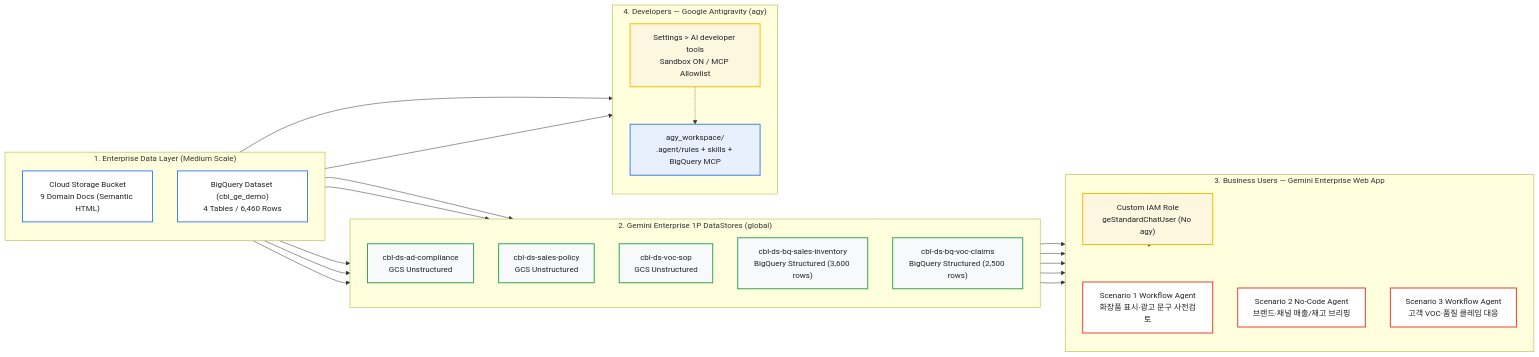
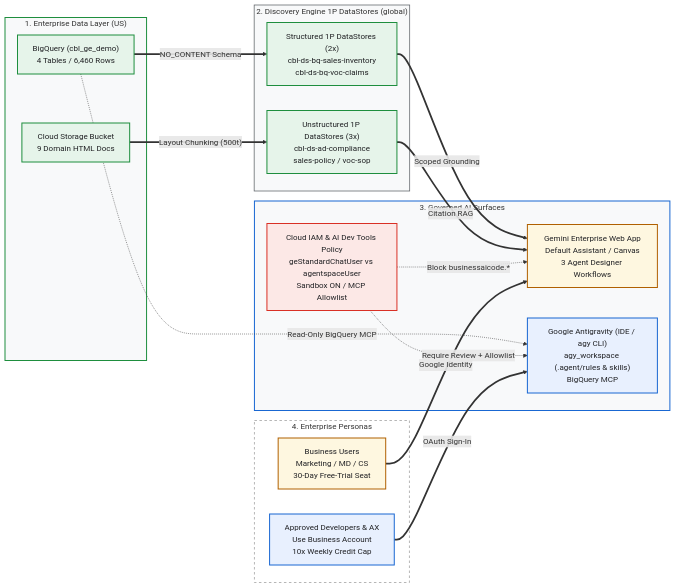
One commit to rhkim77/ge-agy-basic changed the diagram in README.md. Above: the diagram before and after it, drawn with Mermaid. The commit also changed other lines of this file and 22 other files, not shown here.

Commit message:
docs: humanize Korean lab guides and add high-DPI GCP/Mermaid/Draw.io diagrams

````diff
--- a/README.md
+++ b/README.md
@@ -13,55 +20,43 @@
 ```mermaid
 flowchart LR
-    subgraph DATA["1. Enterprise Data Layer (Medium Scale)"]
-        direction TB
-        GCS["Cloud Storage Bucket<br/>9 Domain Docs (Semantic HTML)"]
-        BQ["BigQuery Dataset (cbl_ge_demo)<br/>4 Tables / 6,460 Rows"]
+    classDef gcpBlue fill:#E8F0FE,stroke:#1967D2,stroke-width:2px,color:#202124
+    classDef gcpGreen fill:#E6F4EA,stroke:#1E8E3E,stroke-width:2px,color:#202124
+    classDef gcpYellow fill:#FEF7E0,stroke:#B06000,stroke-width:2px,color:#202124
+    classDef gcpRed fill:#FCE8E6,stroke:#D93025,stroke-width:2px,color:#202124
+
+    subgraph SG_Data ["1. Enterprise Data Layer (US)"]
+        BQ["BigQuery (cbl_ge_demo)<br/>4 Tables / 6,460 Rows"]:::gcpGreen
+        GCS["Cloud Storage Bucket<br/>9 Domain HTML Docs"]:::gcpGreen
     end
 
-    subgraph DS["2. Gemini Enterprise 1P DataStores (global)"]
-        direction TB
-        DS1["cbl-ds-ad-compliance<br/>GCS Unstructured"]
-        DS2["cbl-ds-sales-policy<br/>GCS Unstructured"]
-        DS3["cbl-ds-voc-sop<br/>GCS Unstructured"]
-        DS4["cbl-ds-bq-sales-inventory<br/>BigQuery Structured (3,600 rows)"]
-        DS5["cbl-ds-bq-voc-claims<br/>BigQuery Structured (2,500 rows)"]
+    subgraph SG_DS ["2. Discovery Engine 1P DataStores (global)"]
+        DS_BQ["Structured 1P DataStores (2x)<br/>cbl-ds-bq-sales-inventory<br/>cbl-ds-bq-voc-claims"]:::gcpGreen
+        DS_GCS["Unstructured 1P DataStores (3x)<br/>cbl-ds-ad-compliance<br/>sales-policy / voc-sop"]:::gcpGreen
     end
 
-    subgraph GE["3. Business Users — Gemini Enterprise Web App"]
-        direction TB
-        IAM1["Custom IAM Role<br/>geStandardChatUser (No agy)"]
-        WF1["Scenario 1 Workflow Agent<br/>화장품 표시·광고 문구 사전검토"]
-        AG2["Scenario 2 No-Code Agent<br/>브랜드·채널 매출/재고 브리핑"]
-        WF3["Scenario 3 Workflow Agent<br/>고객 VOC·품질 클레임 대응"]
+    subgraph SG_AI ["3. Governed AI Surfaces"]
+        GE_APP["Gemini Enterprise Web App<br/>Default Assistant / Canvas<br/>3 Agent Designer Workflows"]:::gcpYellow
+        IAM_GOV["Cloud IAM & AI Dev Tools Policy<br/>geStandardChatUser vs agentspaceUser<br/>Sandbox ON / MCP Allowlist"]:::gcpRed
+        AGY_IDE["Google Antigravity (IDE / agy CLI)<br/>agy_workspace (.agent/rules & skills)<br/>BigQuery MCP"]:::gcpBlue
     end
 
-    subgraph AGY["4. Developers — Google Antigravity (agy)"]
-        direction TB
-        GOV["Settings > AI developer tools<br/>Sandbox ON / MCP Allowlist"]
-        WS["agy_workspace/<br/>.agent/rules + skills + BigQuery MCP"]
+    subgraph SG_Users ["4. Enterprise Personas"]
+        BIZ_USER["Business Users<br/>Marketing / MD / CS<br/>30-Day Free-Trial Seat"]:::gcpYellow
+        DEV_USER["Approved Developers & AX<br/>Use Business Account<br/>10x Weekly Credit Cap"]:::gcpBlue
     end
 
-    GCS --> DS1 & DS2 & DS3
-    BQ --> DS4 & DS5
-    DS1 --> WF1
-    DS2 & DS4 --> AG2
-    DS3 & DS5 --> WF3
-    IAM1 -.-> GE
-    GOV -.-> WS
-    BQ --> WS
-    GCS --> WS
+    BQ ==>|"NO_CONTENT Schema"| DS_BQ
+    GCS ==>|"Layout Chunking (500t)"| DS_GCS
+    DS_BQ ==>|"Scoped Grounding"| GE_APP
+    DS_GCS ==>|"Citation RAG"| GE_APP
+    BQ -.->|"Read-Only BigQuery MCP"| AGY_IDE
+    IAM_GOV -.->|"Block businessaicode.*"| GE_APP
+    IAM_GOV -.->|"Require Review + Allowlist"| AGY_IDE
+    BIZ_USER ==>|"Google Identity"| GE_APP
+    DEV_USER ==>|"OAuth Sign-In"| AGY_IDE
 
-    style GCS fill:#FFFFFF,stroke:#4285F4,stroke-width:2px,color:#202124
-    style BQ fill:#FFFFFF,stroke:#4285F4,stroke-width:2px,color:#202124
-    style DS1 fill:#F8F9FA,stroke:#34A853,stroke-width:2px,color:#202124
-    style DS2 fill:#F8F9FA,stroke:#34A853,stroke-width:2px,color:#202124
-    style DS3 fill:#F8F9FA,stroke:#34A853,stroke-width:2px,color:#202124
-    style DS4 fill:#F8F9FA,stroke:#34A853,stroke-width:2px,color:#202124
-    style DS5 fill:#F8F9FA,stroke:#34A853,stroke-width:2px,color:#202124
-    style IAM1 fill:#FEF7E0,stroke:#FBBC04,stroke-width:2px,color:#202124
-    style WF1 fill:#FFFFFF,stroke:#EA4335,stroke-width:2px,color:#202124
-    style AG2 fill:#FFFFFF,stroke:#EA4335,stroke-width:2px,color:#202124
-    style WF3 fill:#FFFFFF,stroke:#EA4335,stroke-width:2px,color:#202124
-    style GOV fill:#FEF7E0,stroke:#FBBC04,stroke-width:2px,color:#202124
-    style WS fill:#E8F0FE,stroke:#4285F4,stroke-width:2px,color:#202124
+    style SG_Data fill:#F8F9FA,stroke:#1E8E3E,stroke-width:2px
+    style SG_DS fill:#F8F9FA,stroke:#5F6368,stroke-width:1.5px
+    style SG_AI fill:#F8F9FA,stroke:#1967D2,stroke-width:2px
+    style SG_Users fill:#FFFFFF,stroke:#9E9E9E,stroke-dasharray:5 5,stroke-width:1.5px
 ```
````
